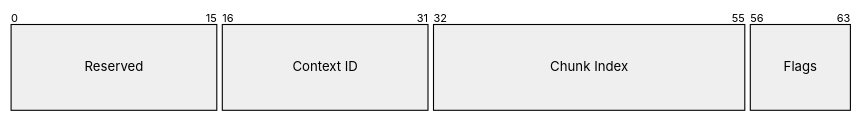
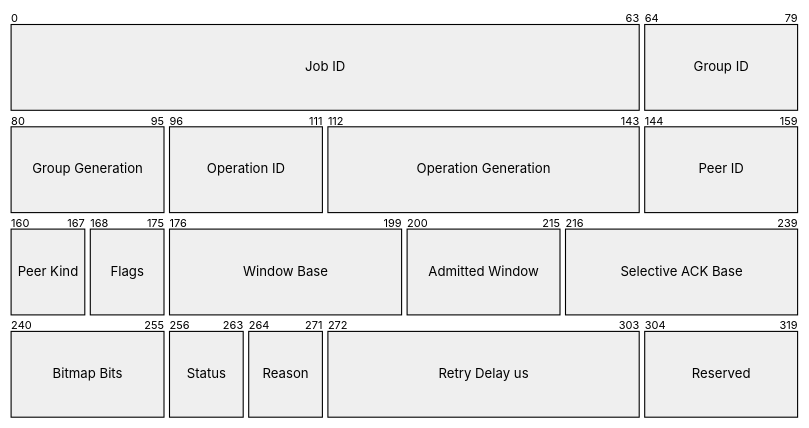
Before and after one commit to uniquadev/prism: the ninth of 9 diagrams in docs/chapters/3-architecture/protocol.it.md, drawn with Mermaid. The commit also changed other lines of this file and 30 other files, not shown here.

````diff
--- a/docs/chapters/3-architecture/protocol.it.md
+++ b/docs/chapters/3-architecture/protocol.it.md
@@ -607,8 +517,20 @@
 ```mermaid
-%%{init: {"packet": {"bitsPerRow": 64, "bitWidth": 12, "rowHeight": 78, "showBits": true}} }%%
+%%{init: {"packet": {"bitsPerRow": 80, "bitWidth": 9, "rowHeight": 78, "showBits": true}} }%%
 packet
+    +64: "Job ID"
+    +16: "Group ID"
+    +16: "Group Generation"
+    +16: "Operation ID"
+    +32: "Operation Generation"
+    +16: "Peer ID"
+    +8: "Peer Kind"
+    +8: "Flags"
+    +24: "Window Base"
+    +16: "Admitted Window"
+    +24: "Selective ACK Base"
+    +16: "Bitmap Bits"
+    +8: "Status"
+    +8: "Reason"
+    +32: "Retry Delay us"
     +16: "Reserved"
-    +16: "Context ID"
-    +24: "Chunk Index"
-    +8: "Flags"
 ```
````
